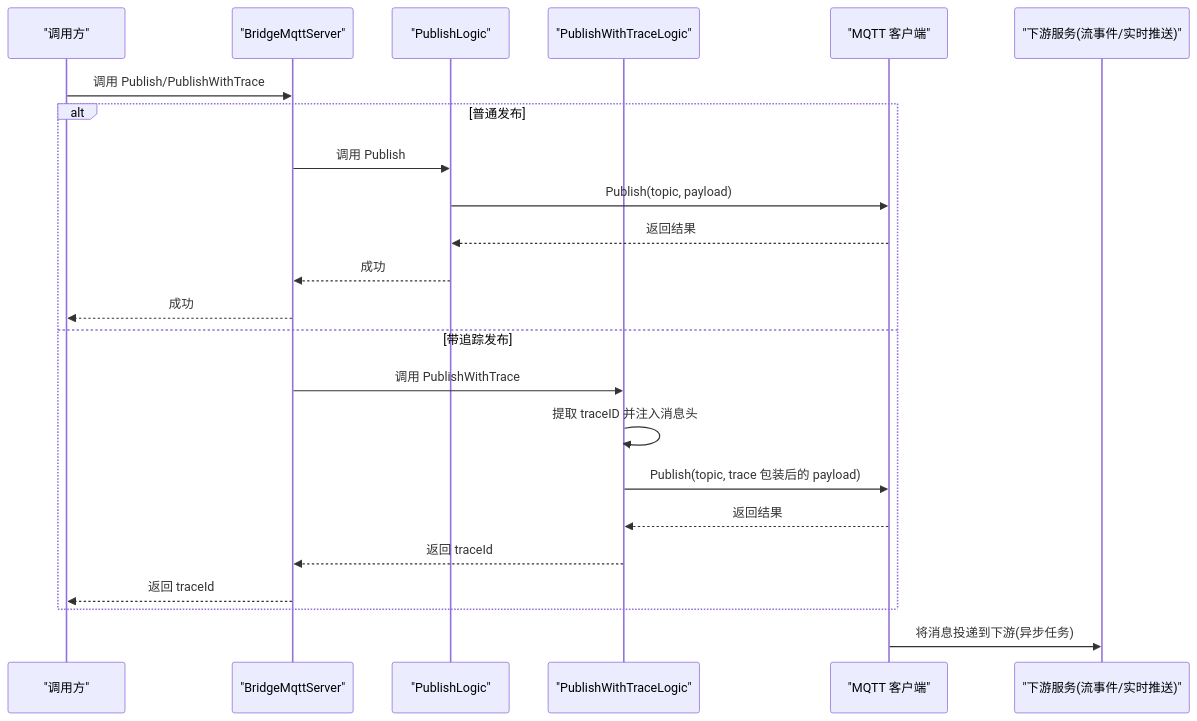
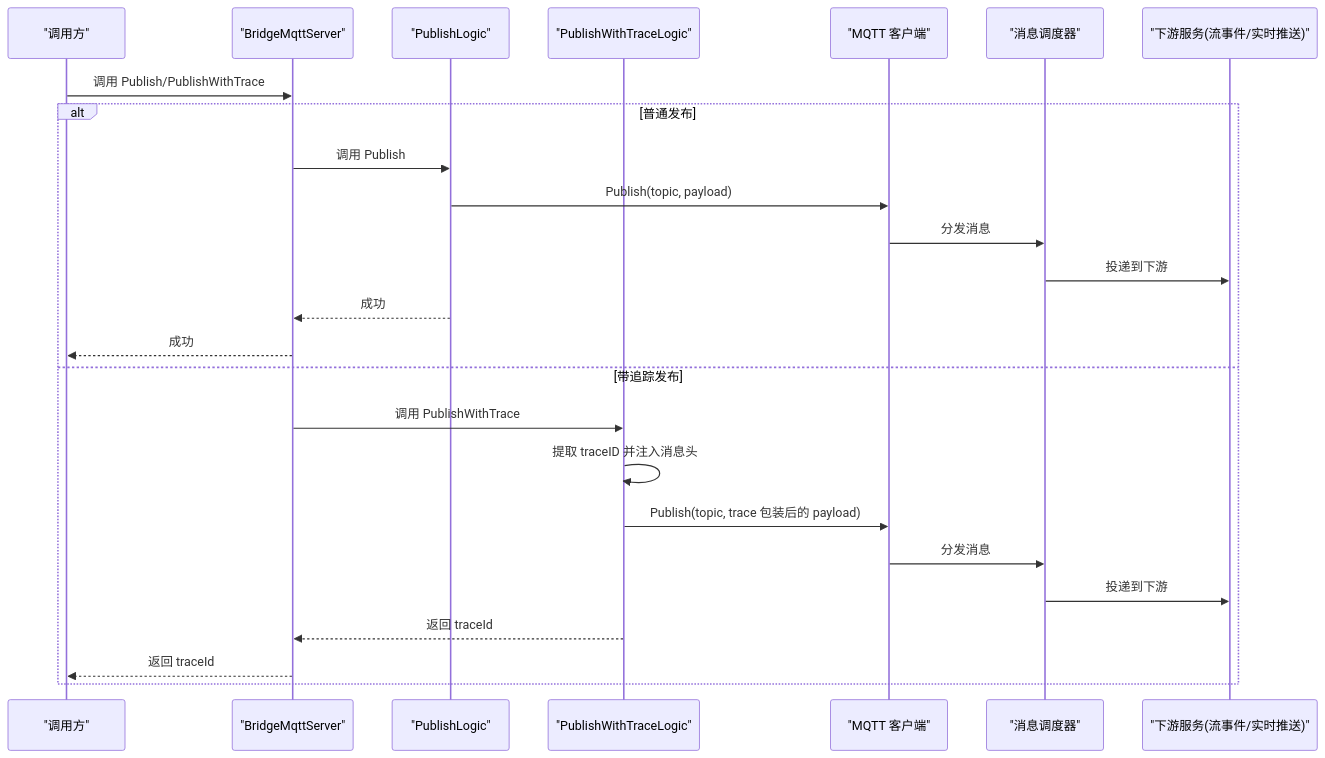
One commit to maomao94/zero-service changed the second of 9 diagrams in .qoder/repowiki/zh/content/核心服务详解/MQTT 协议桥接服务/MQTT 协议桥接服务.md. Above: the diagram before and after it, drawn with Mermaid. The commit also changed other lines of this file and 59 other files, not shown here.

````diff
--- a/.qoder/repowiki/zh/content/核心服务详解/MQTT 协议桥接服务/MQTT 协议桥接服务.md
+++ b/.qoder/repowiki/zh/content/核心服务详解/MQTT 协议桥接服务/MQTT 协议桥接服务.md
@@ -113,25 +136,27 @@
 ```mermaid
 sequenceDiagram
 participant C as "调用方"
 participant RPC as "BridgeMqttServer"
 participant L1 as "PublishLogic"
 participant L2 as "PublishWithTraceLogic"
 participant MQ as "MQTT 客户端"
+participant DISP as "消息调度器"
 participant DL as "下游服务(流事件/实时推送)"
 C->>RPC : 调用 Publish/PublishWithTrace
 alt 普通发布
 RPC->>L1 : 调用 Publish
 L1->>MQ : Publish(topic, payload)
-MQ-->>L1 : 返回结果
+MQ->>DISP : 分发消息
+DISP->>DL : 投递到下游
 L1-->>RPC : 成功
 RPC-->>C : 成功
 else 带追踪发布
 RPC->>L2 : 调用 PublishWithTrace
 L2->>L2 : 提取 traceID 并注入消息头
 L2->>MQ : Publish(topic, trace 包装后的 payload)
-MQ-->>L2 : 返回结果
+MQ->>DISP : 分发消息
+DISP->>DL : 投递到下游
 L2-->>RPC : 返回 traceId
 RPC-->>C : 返回 traceId
 end
-MQ->>DL : 将消息投递到下游(异步任务)
 ```
````
